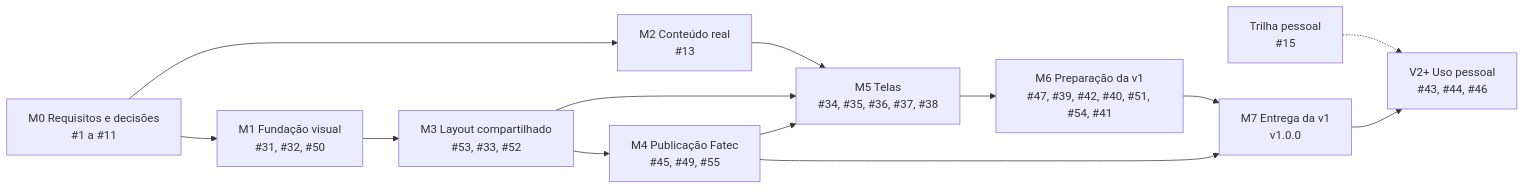
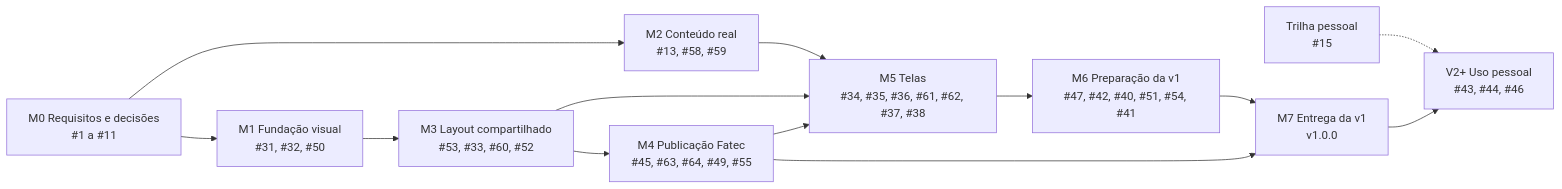
One commit to felipe-sant/portfolio-frontend changed the diagram in docs/product/roadmap.md. Above: the diagram before and after it, drawn with Mermaid. The commit also changed other lines of this file and 12 other files, not shown here.

````diff
--- a/docs/product/roadmap.md
+++ b/docs/product/roadmap.md
@@ -52,15 +52,15 @@
 ```mermaid
 flowchart LR
     M0["M0 Requisitos e decisões<br/>#1 a #11"] --> M1["M1 Fundação visual<br/>#31, #32, #50"]
-    M0 --> M2["M2 Conteúdo real<br/>#13"]
-    M1 --> M3["M3 Layout compartilhado<br/>#53, #33, #52"]
-    M3 --> M4["M4 Publicação Fatec<br/>#45, #49, #55"]
-    M2 --> M5["M5 Telas<br/>#34, #35, #36, #37, #38"]
+    M0 --> M2["M2 Conteúdo real<br/>#13, #58, #59"]
+    M1 --> M3["M3 Layout compartilhado<br/>#53, #33, #60, #52"]
+    M3 --> M4["M4 Publicação Fatec<br/>#45, #63, #64, #49, #55"]
+    M2 --> M5["M5 Telas<br/>#34, #35, #36, #61, #62, #37, #38"]
     M3 --> M5
     M4 --> M5
-    M5 --> M6["M6 Preparação da v1<br/>#47, #39, #42, #40, #51, #54, #41"]
+    M5 --> M6["M6 Preparação da v1<br/>#47, #42, #40, #51, #54, #41"]
     M6 --> M7["M7 Entrega da v1<br/>v1.0.0"]
     M4 --> M7
     TP["Trilha pessoal<br/>#15"] -.-> V2["V2+ Uso pessoal<br/>#43, #44, #46"]
     M7 --> V2
 ```
````
